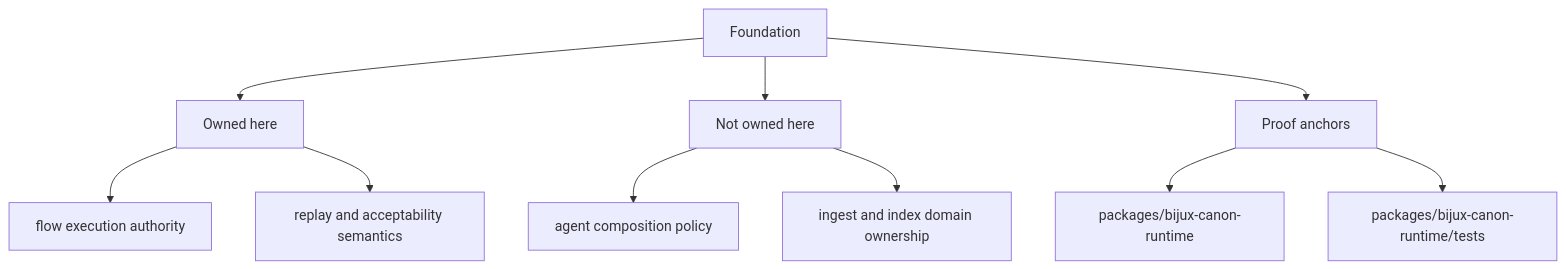
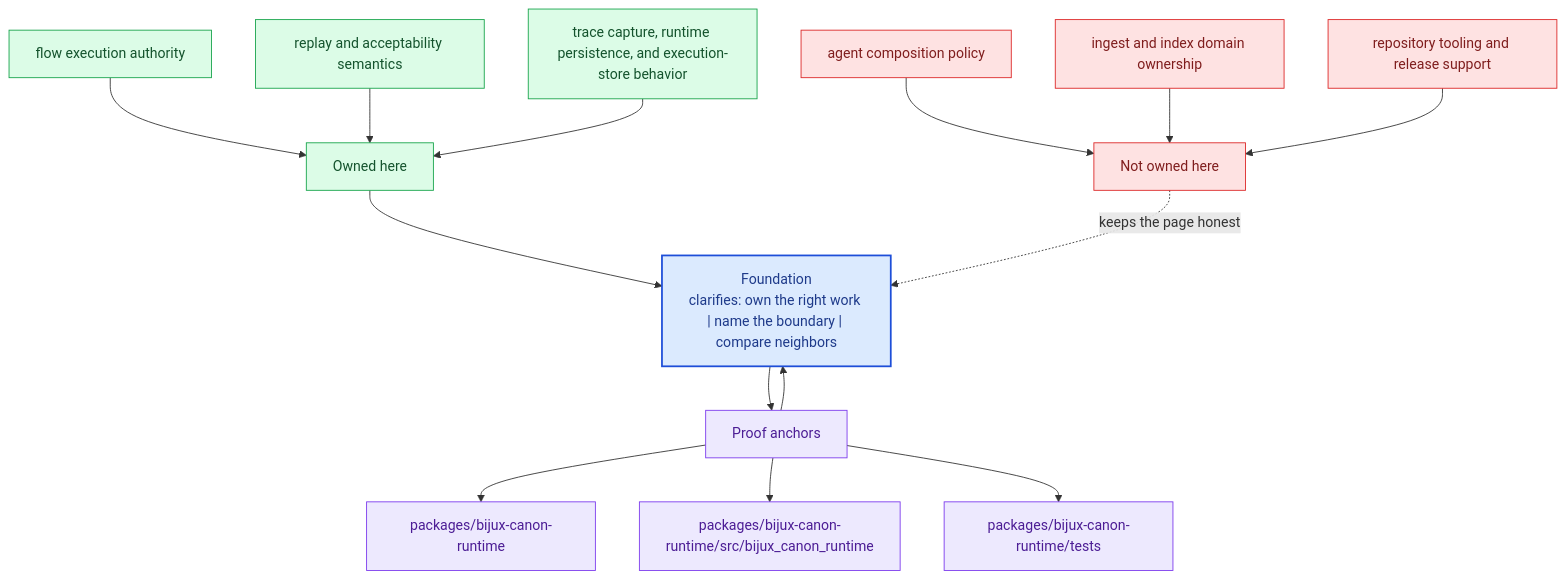
One commit to bijux/bijux-canon changed the second of 2 diagrams in docs/bijux-canon-runtime/foundation/index.md. Above: the diagram before and after it, drawn with Mermaid. The commit also changed other lines of this file and 281 other files, not shown here.

Commit message:
docs(diagrams): deepen handbook mermaid maps across the catalog

````diff
--- a/docs/bijux-canon-runtime/foundation/index.md
+++ b/docs/bijux-canon-runtime/foundation/index.md
@@ -32,22 +65,40 @@
 ```mermaid
-flowchart TD
-    page["Foundation"]
+flowchart TB
+    promise["Foundation<br/>clarifies: own the right work | name the boundary | compare neighbors"]
+    classDef promise fill:#dbeafe,stroke:#1d4ed8,color:#1e3a8a,stroke-width:2px;
+    classDef driver fill:#dcfce7,stroke:#16a34a,color:#14532d;
+    classDef constraint fill:#fee2e2,stroke:#dc2626,color:#7f1d1d;
+    classDef ground fill:#ede9fe,stroke:#7c3aed,color:#4c1d95;
     focus1["Owned here"]
-    page --> focus1
+    focus1 --> promise
     focus1_1["flow execution authority"]
-    focus1 --> focus1_1
+    focus1_1 --> focus1
     focus1_2["replay and acceptability semantics"]
-    focus1 --> focus1_2
+    focus1_2 --> focus1
+    focus1_3["trace capture, runtime persistence, and execution-store behavior"]
+    focus1_3 --> focus1
+    class focus1 driver;
+    class focus1_1,focus1_2,focus1_3 driver;
     focus2["Not owned here"]
-    page --> focus2
+    focus2 -.keeps the page honest.-> promise
     focus2_1["agent composition policy"]
-    focus2 --> focus2_1
+    focus2_1 --> focus2
     focus2_2["ingest and index domain ownership"]
-    focus2 --> focus2_2
+    focus2_2 --> focus2
+    focus2_3["repository tooling and release support"]
+    focus2_3 --> focus2
+    class focus2 constraint;
+    class focus2_1,focus2_2,focus2_3 constraint;
     focus3["Proof anchors"]
-    page --> focus3
+    focus3 --> promise
+    promise --> focus3
     focus3_1["packages/bijux-canon-runtime"]
     focus3 --> focus3_1
-    focus3_2["packages/bijux-canon-runtime/tests"]
+    focus3_2["packages/bijux-canon-runtime/src/bijux_canon_runtime"]
     focus3 --> focus3_2
+    focus3_3["packages/bijux-canon-runtime/tests"]
+    focus3 --> focus3_3
+    class focus3 ground;
+    class focus3_1,focus3_2,focus3_3 ground;
+    class promise promise;
 ```
````
